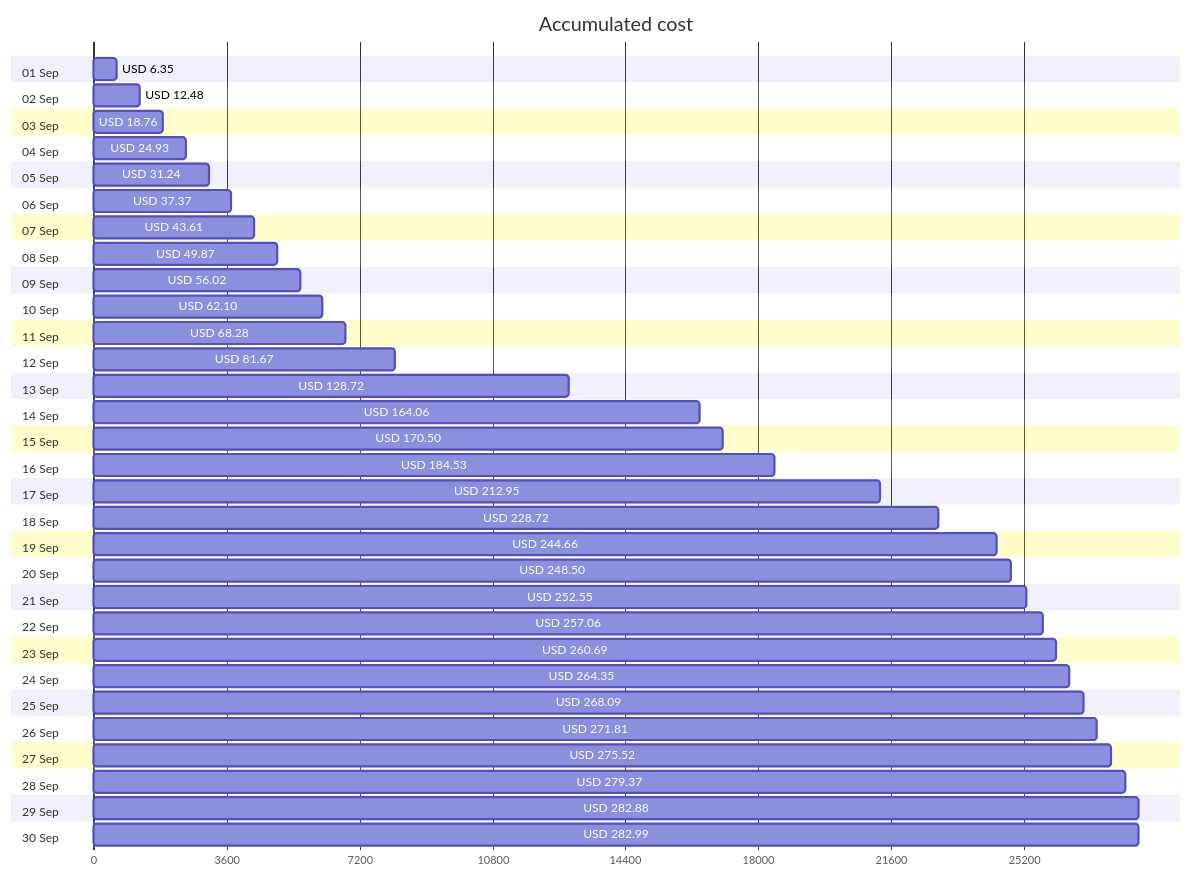
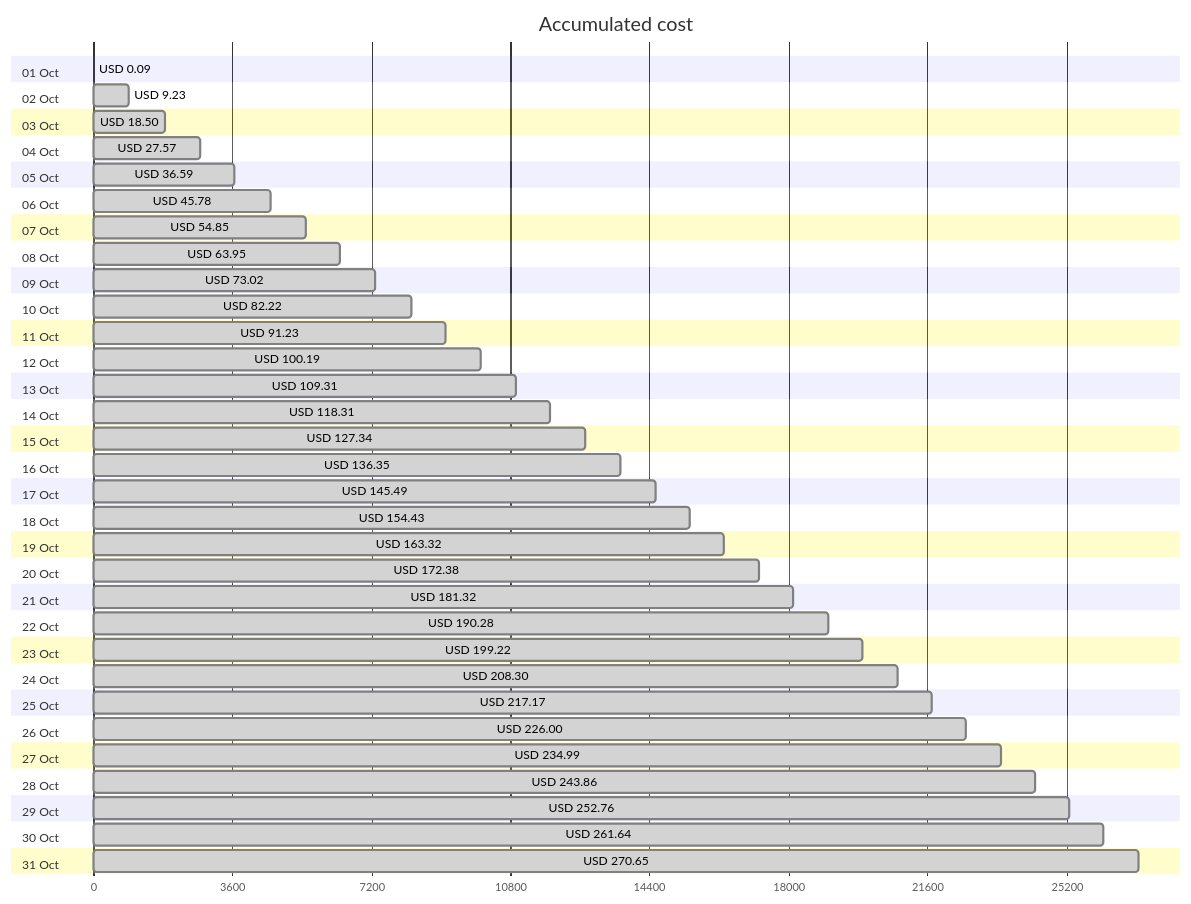
The first of 4 diagrams in cost-reports/accumulated-cost.md (jpfulton/azure-personal-reports), drawn with Mermaid before and after one commit. The commit also changed other lines of this file and 4 other files, not shown here.

````diff
--- a/cost-reports/accumulated-cost.md
+++ b/cost-reports/accumulated-cost.md
@@ -20,66 +20,68 @@
 ```mermaid
 gantt
    title Accumulated cost
    dateFormat  X
    axisFormat %s
-   section 01 Sep
-   USD 6.35 :0, 635
-   section 02 Sep
-   USD 12.48 :0, 1248
-   section 03 Sep
-   USD 18.76 :0, 1876
-   section 04 Sep
-   USD 24.93 :0, 2493
-   section 05 Sep
-   USD 31.24 :0, 3124
-   section 06 Sep
-   USD 37.37 :0, 3737
-   section 07 Sep
-   USD 43.61 :0, 4361
-   section 08 Sep
-   USD 49.87 :0, 4987
-   section 09 Sep
-   USD 56.02 :0, 5602
-   section 10 Sep
-   USD 62.10 :0, 6210
-   section 11 Sep
-   USD 68.28 :0, 6828
-   section 12 Sep
-   USD 81.67 :0, 8167
-   section 13 Sep
-   USD 128.72 :0, 12872
-   section 14 Sep
-   USD 164.06 :0, 16406
-   section 15 Sep
-   USD 170.50 :0, 17050
-   section 16 Sep
-   USD 184.53 :0, 18453
-   section 17 Sep
-   USD 212.95 :0, 21295
-   section 18 Sep
-   USD 228.72 :0, 22872
-   section 19 Sep
-   USD 244.66 :0, 24466
-   section 20 Sep
-   USD 248.50 :0, 24850
-   section 21 Sep
-   USD 252.55 :0, 25255
-   section 22 Sep
-   USD 257.06 :0, 25706
-   section 23 Sep
-   USD 260.69 :0, 26069
-   section 24 Sep
-   USD 264.35 :0, 26435
-   section 25 Sep
-   USD 268.09 :0, 26809
-   section 26 Sep
-   USD 271.81 :0, 27181
-   section 27 Sep
-   USD 275.52 :0, 27552
-   section 28 Sep
-   USD 279.37 :0, 27937
-   section 29 Sep
-   USD 282.88 :0, 28288
-   section 30 Sep
-   USD 282.99 :0, 28299
+   section 01 Oct
+   USD 0.09 :0, 9
+   section 02 Oct
+   USD 9.23 : done, 0, 923
+   section 03 Oct
+   USD 18.50 : done, 0, 1850
+   section 04 Oct
+   USD 27.57 : done, 0, 2757
+   section 05 Oct
+   USD 36.59 : done, 0, 3659
+   section 06 Oct
+   USD 45.78 : done, 0, 4578
+   section 07 Oct
+   USD 54.85 : done, 0, 5485
+   section 08 Oct
+   USD 63.95 : done, 0, 6395
+   section 09 Oct
+   USD 73.02 : done, 0, 7302
+   section 10 Oct
+   USD 82.22 : done, 0, 8222
+   section 11 Oct
+   USD 91.23 : done, 0, 9123
+   section 12 Oct
+   USD 100.19 : done, 0, 10019
+   section 13 Oct
+   USD 109.31 : done, 0, 10931
+   section 14 Oct
+   USD 118.31 : done, 0, 11831
+   section 15 Oct
+   USD 127.34 : done, 0, 12734
+   section 16 Oct
+   USD 136.35 : done, 0, 13635
+   section 17 Oct
+   USD 145.49 : done, 0, 14549
+   section 18 Oct
+   USD 154.43 : done, 0, 15443
+   section 19 Oct
+   USD 163.32 : done, 0, 16332
+   section 20 Oct
+   USD 172.38 : done, 0, 17238
+   section 21 Oct
+   USD 181.32 : done, 0, 18132
+   section 22 Oct
+   USD 190.28 : done, 0, 19028
+   section 23 Oct
+   USD 199.22 : done, 0, 19922
+   section 24 Oct
+   USD 208.30 : done, 0, 20830
+   section 25 Oct
+   USD 217.17 : done, 0, 21717
+   section 26 Oct
+   USD 226.00 : done, 0, 22600
+   section 27 Oct
+   USD 234.99 : done, 0, 23499
+   section 28 Oct
+   USD 243.86 : done, 0, 24386
+   section 29 Oct
+   USD 252.76 : done, 0, 25276
+   section 30 Oct
+   USD 261.64 : done, 0, 26164
+   section 31 Oct
+   USD 270.65 : done, 0, 27065
 ```
````
